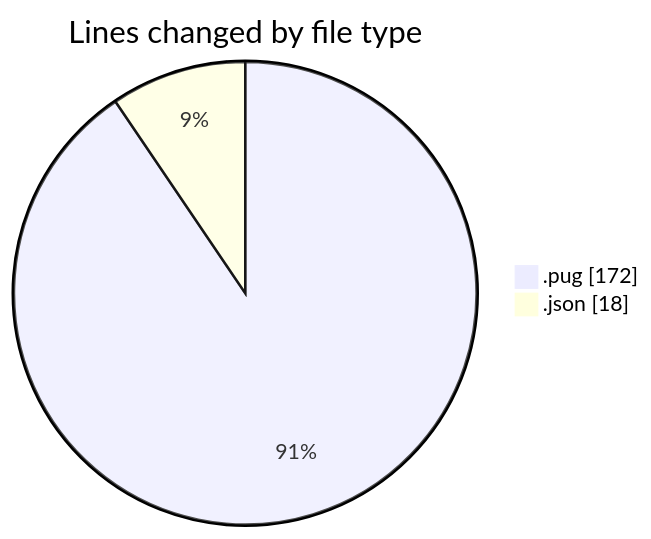
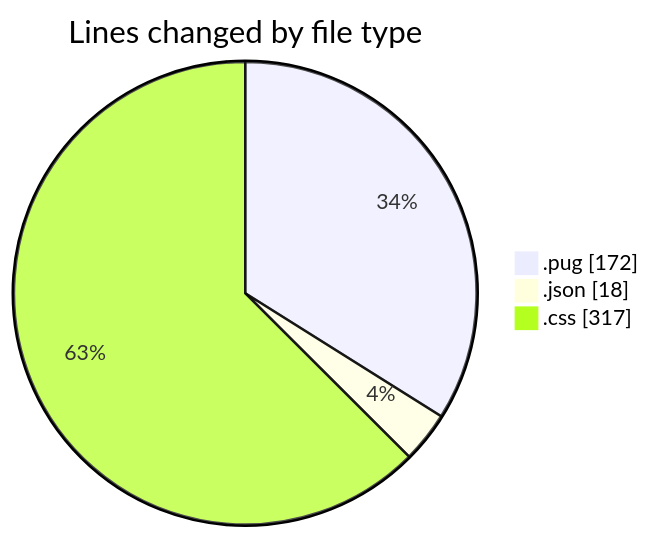
The first of 2 diagrams in 2025-11-03/cda/README.md (momahboobian/code-tracking), drawn with Mermaid before and after one commit. The commit also changed other lines of this file and 1 other file, not shown here.

````diff
--- a/2025-11-03/cda/README.md
+++ b/2025-11-03/cda/README.md
@@ -21,6 +22,7 @@
 ```mermaid
 pie showData
 title Lines changed by file type
 ".pug" : 172
 ".json" : 18
+".css" : 317
 ```
````
